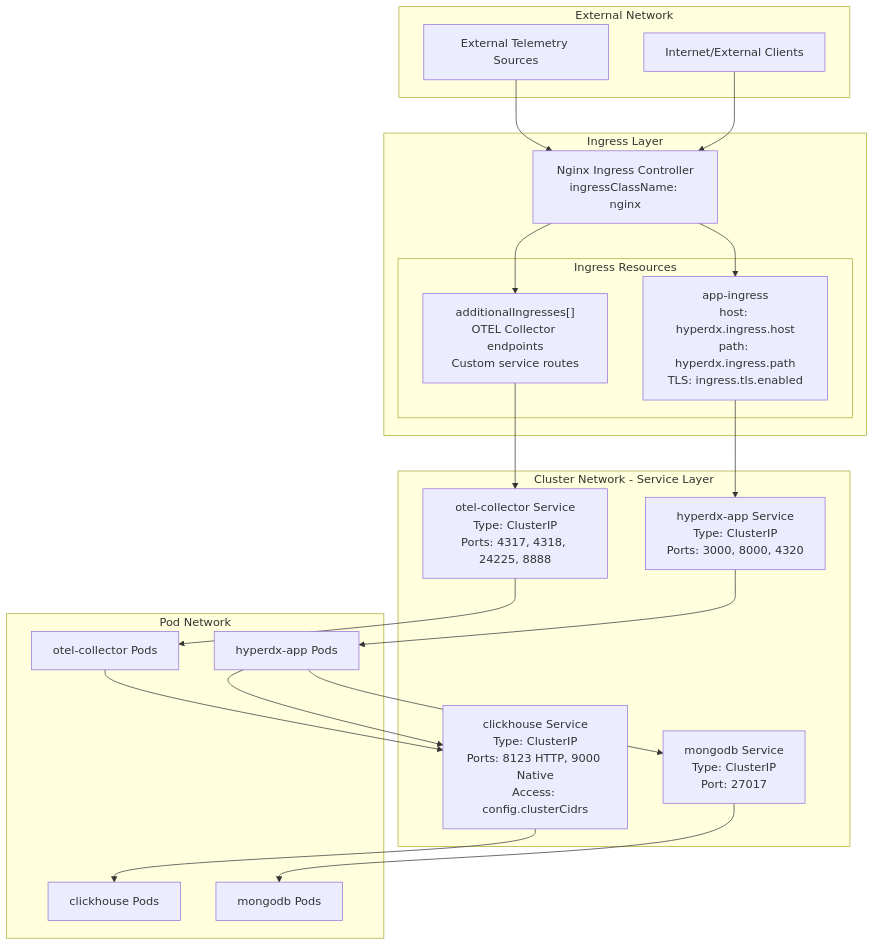
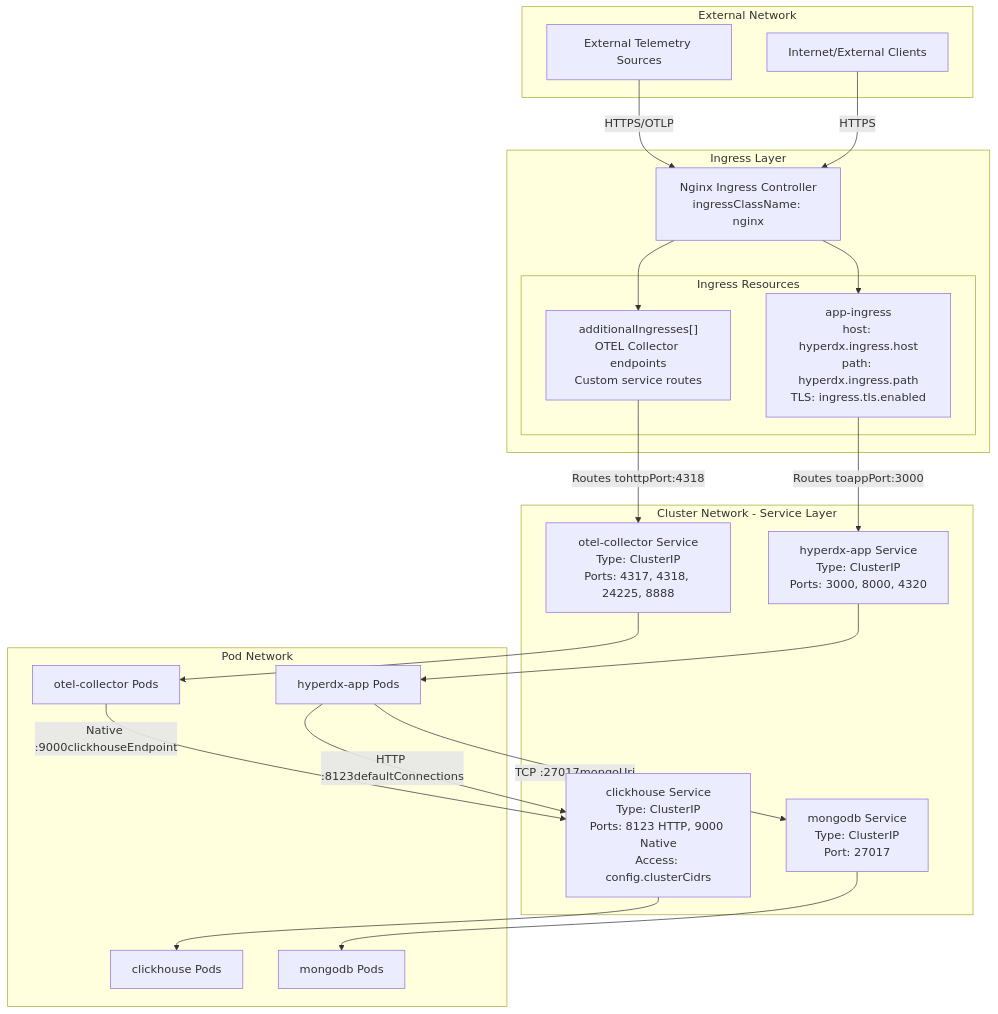
One commit to openchoreo/openchoreo changed the first of 4 diagrams in docs/hyperdxio-helm-charts-docs/Networking-and-Security.md. Above: the diagram before and after it, drawn with Mermaid. The commit also changed other lines of this file and 85 other files, not shown here.

Commit message:
feat: Add new workflow and specification templates, update Helm chart dependencies, and clarify documentation diagrams.

````diff
--- a/docs/hyperdxio-helm-charts-docs/Networking-and-Security.md
+++ b/docs/hyperdxio-helm-charts-docs/Networking-and-Security.md
@@ -28,59 +28,59 @@
 ```mermaid
 flowchart TD
 
 Internet["Internet/External Clients"]
 TelemetrySources["External Telemetry Sources"]
 IngressController["Nginx Ingress Controller<br>ingressClassName: nginx"]
 AppIngress["app-ingress<br>host: hyperdx.ingress.host<br>path: hyperdx.ingress.path<br>TLS: ingress.tls.enabled"]
 AdditionalIngress["additionalIngresses[]<br>OTEL Collector endpoints<br>Custom service routes"]
 AppService["hyperdx-app Service<br>Type: ClusterIP<br>Ports: 3000, 8000, 4320"]
 OTELService["otel-collector Service<br>Type: ClusterIP<br>Ports: 4317, 4318, 24225, 8888"]
 CHService["clickhouse Service<br>Type: ClusterIP<br>Ports: 8123 HTTP, 9000 Native<br>Access: config.clusterCidrs"]
 MongoService["mongodb Service<br>Type: ClusterIP<br>Port: 27017"]
 AppPod["hyperdx-app Pods"]
 OTELPod["otel-collector Pods"]
 CHPod["clickhouse Pods"]
 MongoPod["mongodb Pods"]
 
-Internet --> IngressController
-TelemetrySources --> IngressController
-AppIngress --> AppService
-AdditionalIngress --> OTELService
+Internet -->|"HTTPS"| IngressController
+TelemetrySources -->|"HTTPS/OTLP"| IngressController
+AppIngress -->|"Routes toappPort:3000"| AppService
+AdditionalIngress -->|"Routes tohttpPort:4318"| OTELService
 AppService --> AppPod
 OTELService --> OTELPod
 CHService --> CHPod
 MongoService --> MongoPod
-AppPod --> CHService
-AppPod --> MongoService
-OTELPod --> CHService
+AppPod -->|"HTTP :8123defaultConnections"| CHService
+AppPod -->|"TCP :27017mongoUri"| MongoService
+OTELPod -->|"Native :9000clickhouseEndpoint"| CHService
 
 subgraph subGraph4 ["Pod Network"]
     AppPod
     OTELPod
     CHPod
     MongoPod
 end
 
 subgraph subGraph3 ["Cluster Network - Service Layer"]
     AppService
     OTELService
     CHService
     MongoService
 end
 
 subgraph subGraph2 ["Ingress Layer"]
     IngressController
     IngressController --> AppIngress
     IngressController --> AdditionalIngress
 
 subgraph subGraph1 ["Ingress Resources"]
     AppIngress
     AdditionalIngress
 end
 end
 
 subgraph subGraph0 ["External Network"]
     Internet
     TelemetrySources
 end
 ```
````
